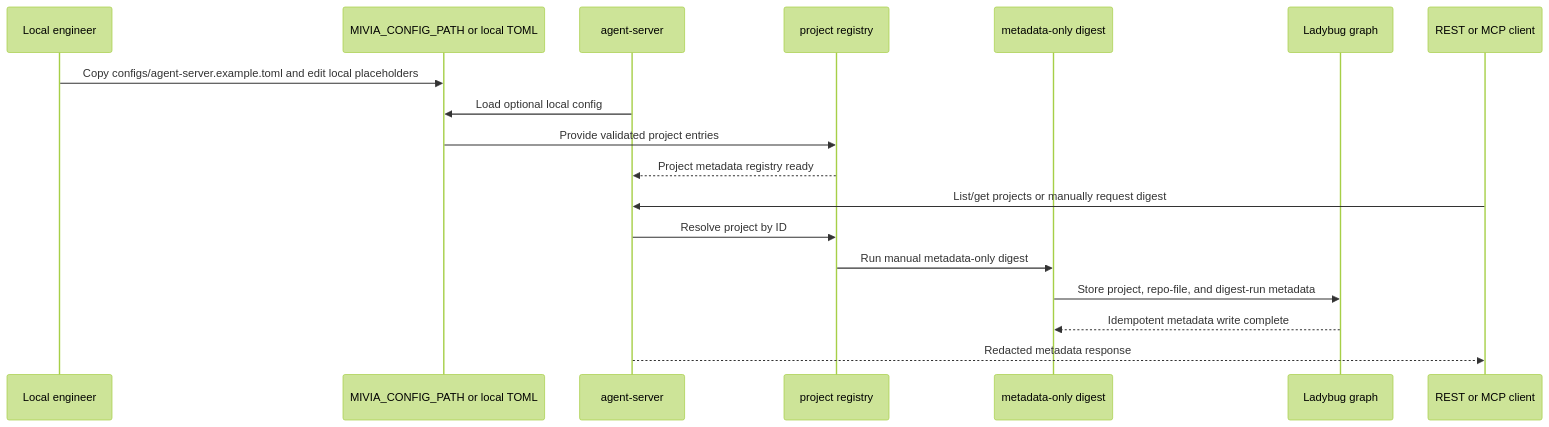
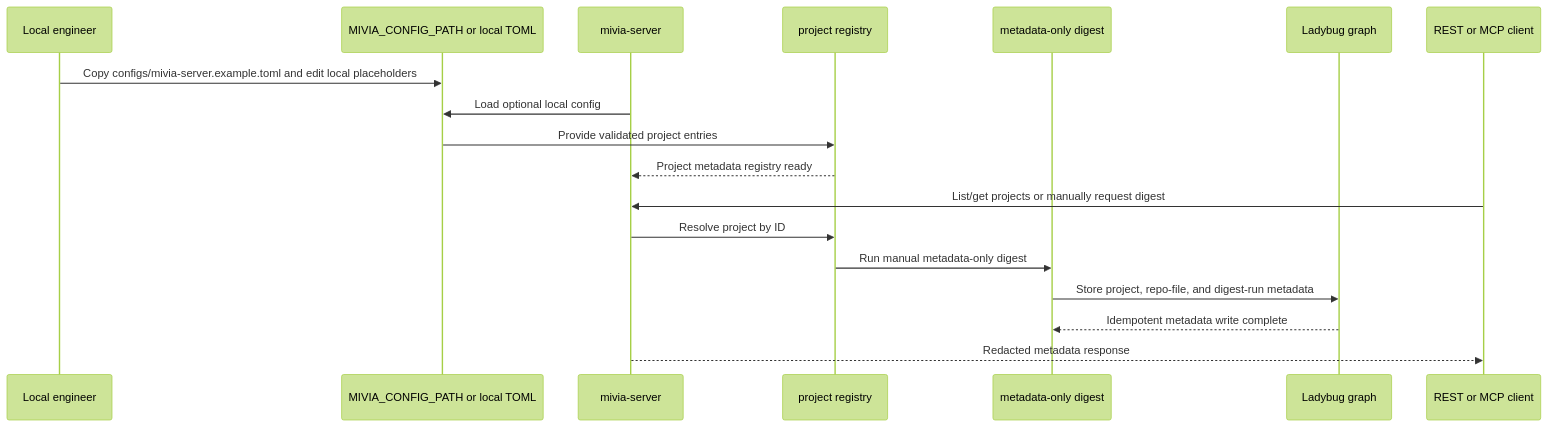
The third of 7 diagrams in docs/architecture/system-architecture.md (MiviaLabs/go-mivia), drawn with Mermaid (forest theme) before and after one commit. The commit also changed other lines of this file and 33 other files, not shown here.

````diff
--- a/docs/architecture/system-architecture.md
+++ b/docs/architecture/system-architecture.md
@@ -119,21 +119,21 @@
 ```mermaid
 sequenceDiagram
   participant Engineer as Local engineer
   participant Config as MIVIA_CONFIG_PATH or local TOML
-  participant Server as agent-server
+  participant Server as mivia-server
   participant Registry as project registry
   participant Digest as metadata-only digest
   participant Graph as Ladybug graph
   participant Client as REST or MCP client
 
-  Engineer->>Config: Copy configs/agent-server.example.toml and edit local placeholders
+  Engineer->>Config: Copy configs/mivia-server.example.toml and edit local placeholders
   Server->>Config: Load optional local config
   Config->>Registry: Provide validated project entries
   Registry-->>Server: Project metadata registry ready
   Client->>Server: List/get projects or manually request digest
   Server->>Registry: Resolve project by ID
   Registry->>Digest: Run manual metadata-only digest
   Digest->>Graph: Store project, repo-file, and digest-run metadata
   Graph-->>Digest: Idempotent metadata write complete
   Server-->>Client: Redacted metadata response
 ```
````
